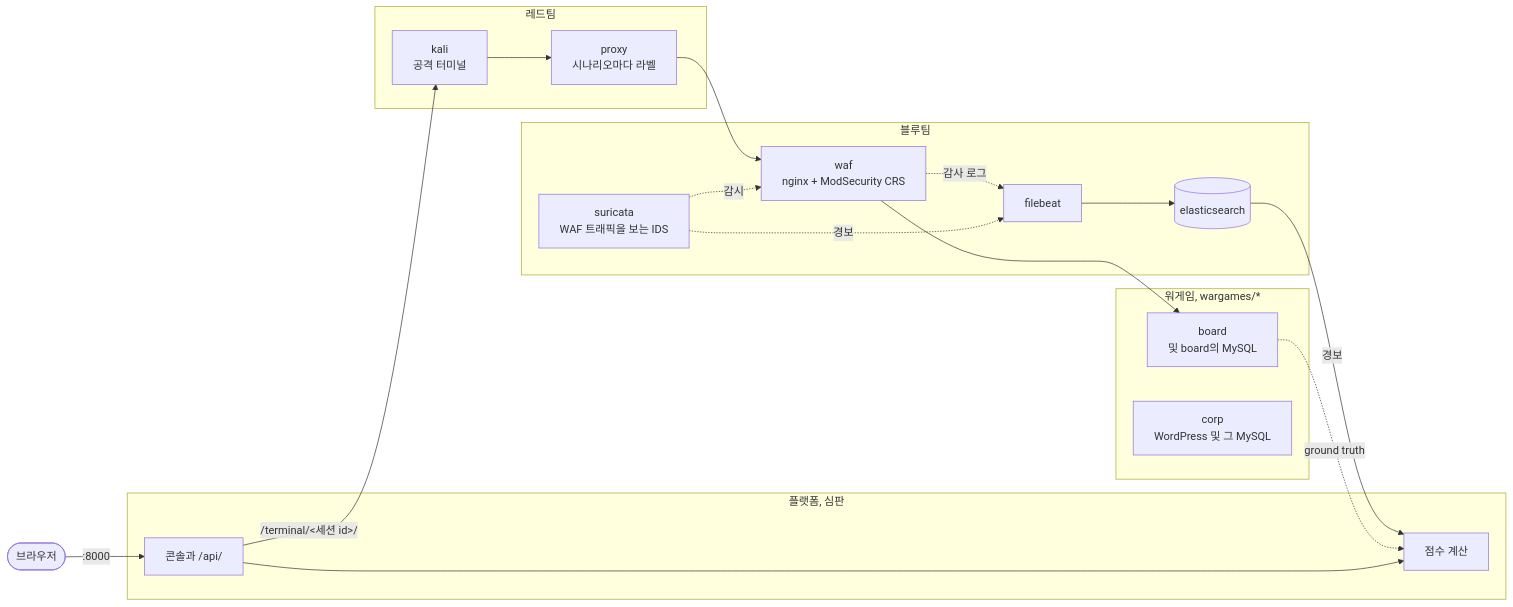
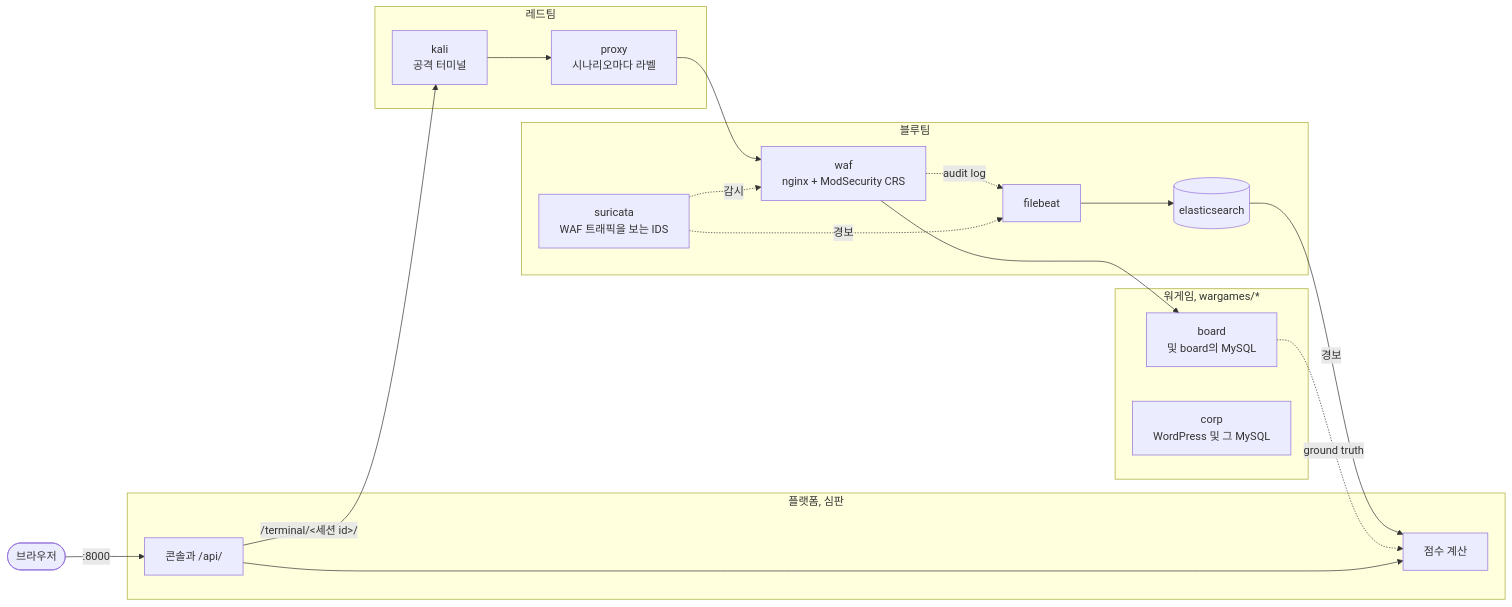
One commit to Nekonic/fsl-project-mvp changed the second of 2 diagrams in README.ko.md. Above: the diagram before and after it, drawn with Mermaid. The commit also changed other lines of this file and 19 other files, not shown here.

````diff
--- a/README.ko.md
+++ b/README.ko.md
@@ -49,39 +49,39 @@
 ```mermaid
 flowchart LR
   person(["브라우저"])
 
   subgraph red["레드팀"]
     kali["kali<br/>공격 터미널"]
     proxy["proxy<br/>시나리오마다 라벨"]
   end
 
   subgraph blue["블루팀"]
     waf["waf<br/>nginx + ModSecurity CRS"]
     suricata["suricata<br/>WAF 트래픽을 보는 IDS"]
     filebeat["filebeat"]
     es[("elasticsearch")]
   end
 
   subgraph wargames["워게임, wargames/*"]
     board["board<br/>및 board의 MySQL"]
     corp["corp<br/>WordPress 및 그 MySQL"]
   end
 
   subgraph platform["플랫폼, 심판"]
     console["콘솔과 /api/"]
     scoring["점수 계산"]
   end
 
   person -->|":8000"| console
   console -->|"/terminal/<세션 id>/"| kali
   kali --> proxy
   proxy --> waf
   waf --> board
   suricata -.->|감시| waf
-  waf -.->|감사 로그| filebeat
+  waf -.->|audit log| filebeat
   suricata -.->|경보| filebeat
   filebeat --> es
   es -->|경보| scoring
   board -.->|ground truth| scoring
   console --> scoring
 ```
````
